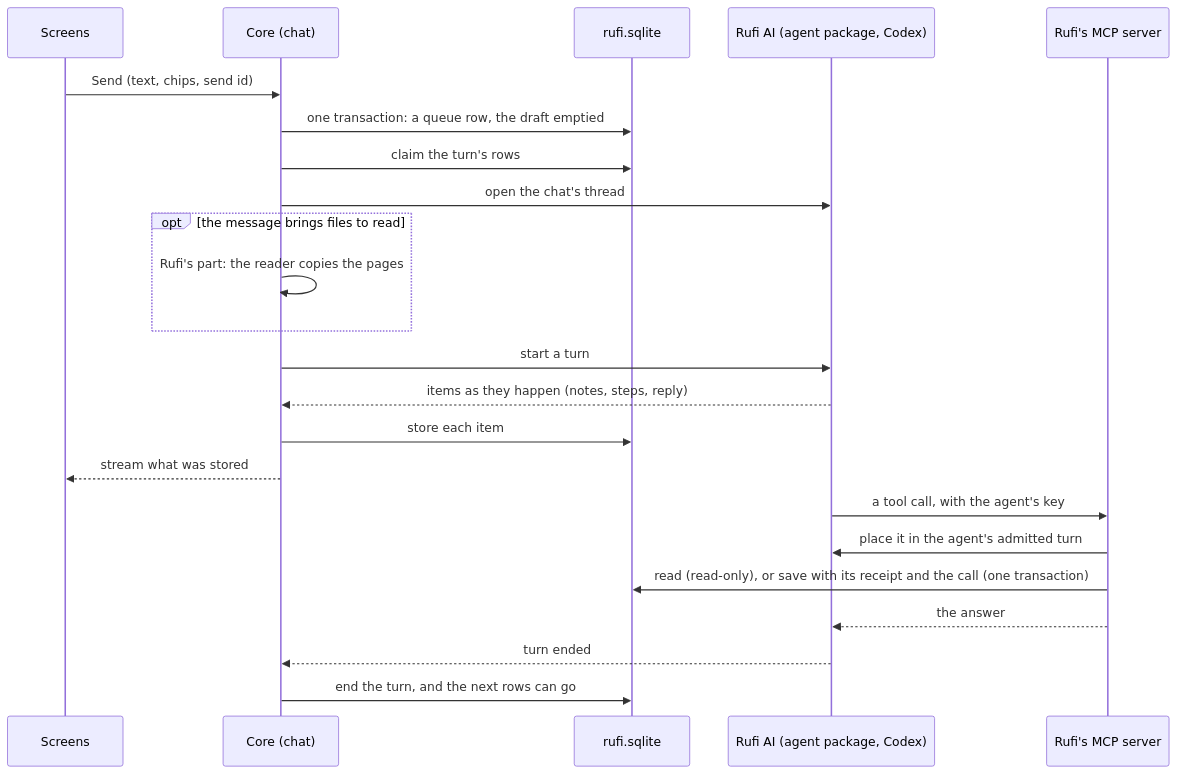
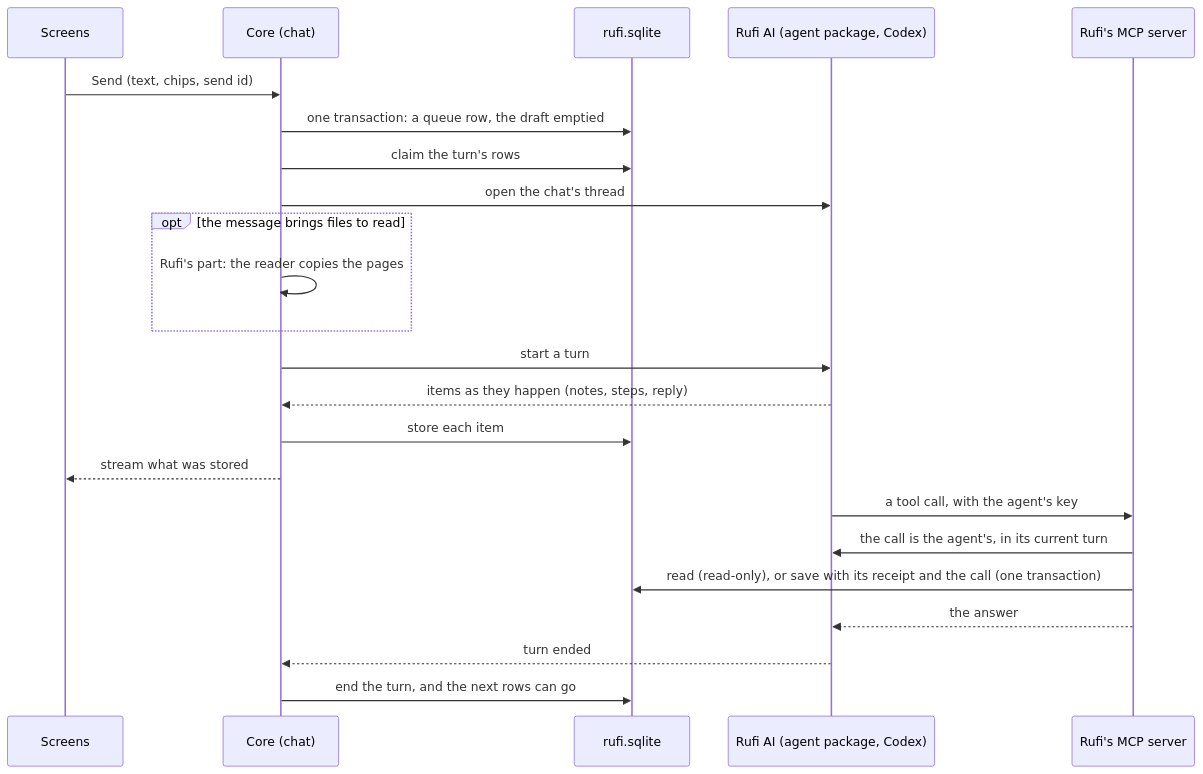
One commit to mahesh0431/rufi changed the second of 2 diagrams in docs/how-rufi-works.md. Above: the diagram before and after it, drawn with Mermaid. The commit also changed other lines of this file and 85 other files, not shown here.

````diff
--- a/docs/how-rufi-works.md
+++ b/docs/how-rufi-works.md
@@ -106,26 +106,26 @@
 ```mermaid
 sequenceDiagram
   participant S as Screens
   participant C as Core (chat)
   participant DB as rufi.sqlite
   participant X as Rufi AI (agent package, Codex)
   participant M as Rufi's MCP server
 
   S->>C: Send (text, chips, send id)
   C->>DB: one transaction: a queue row, the draft emptied
   C->>DB: claim the turn's rows
   C->>X: open the chat's thread
   opt the message brings files to read
     C->>C: Rufi's part: the reader copies the pages
   end
   C->>X: start a turn
   X-->>C: items as they happen (notes, steps, reply)
   C->>DB: store each item
   C-->>S: stream what was stored
   X->>M: a tool call, with the agent's key
-  M->>X: place it in the agent's admitted turn
+  M->>X: the call is the agent's, in its current turn
   M->>DB: read (read-only), or save with its receipt and the call (one transaction)
   M-->>X: the answer
   X-->>C: turn ended
   C->>DB: end the turn, and the next rows can go
 ```
````
